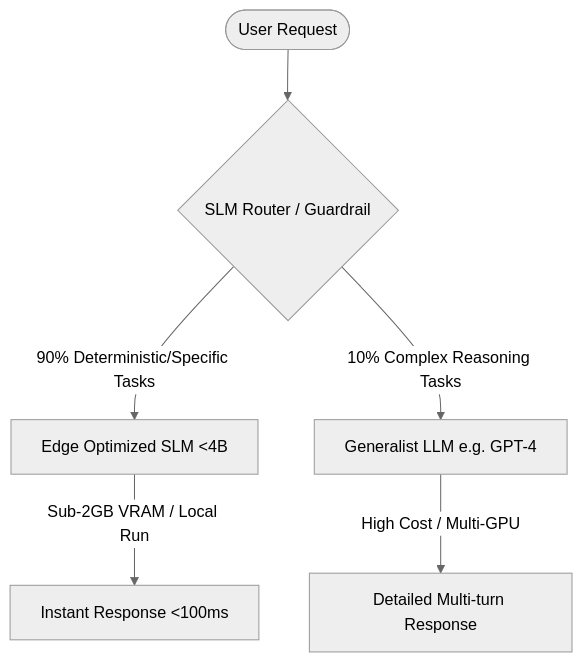
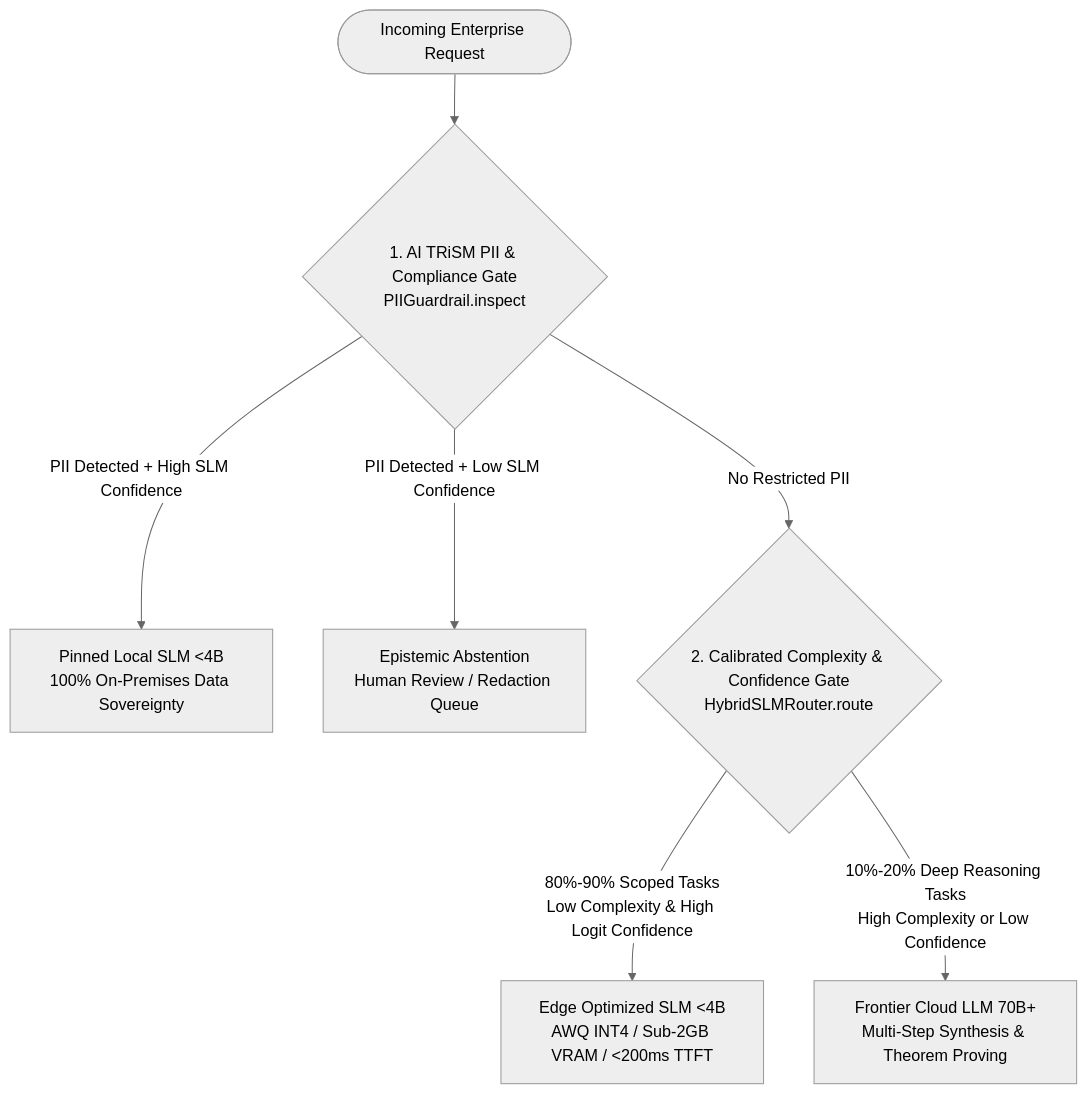
One commit to vfcarida/Small-Language-Models-SLMs- changed the first of 2 diagrams in README.md. Above: the diagram before and after it, drawn with Mermaid (neutral theme). The commit also changed other lines of this file and 72 other files, not shown here.

````diff
--- a/README.md
+++ b/README.md
@@ -40,8 +48,9 @@
 ```mermaid
 graph TD
-    User([User Request]) --> Router{SLM Router / Guardrail}
-    Router -->|90% Deterministic/Specific Tasks| SLM[Edge Optimized SLM <4B]
-    Router -->|10% Complex Reasoning Tasks| LLM[Generalist LLM e.g. GPT-4]
-    SLM -->|Sub-2GB VRAM / Local Run| OutputSLM[Instant Response <100ms]
-    LLM -->|High Cost / Multi-GPU| OutputLLM[Detailed Multi-turn Response]
+    User([Incoming Enterprise Request]) --> Guardrail{1. AI TRiSM PII & Compliance Gate\nPIIGuardrail.inspect}
+    Guardrail -->|PII Detected + High SLM Confidence| LocalPinned[Pinned Local SLM <4B\n100% On-Premises Data Sovereignty]
+    Guardrail -->|PII Detected + Low SLM Confidence| Abstain[Epistemic Abstention\nHuman Review / Redaction Queue]
+    Guardrail -->|No Restricted PII| Router{2. Calibrated Complexity & Confidence Gate\nHybridSLMRouter.route}
+    Router -->|80%-90% Scoped Tasks\nLow Complexity & High Logit Confidence| SLM[Edge Optimized SLM <4B\nAWQ INT4 / Sub-2GB VRAM / <200ms TTFT]
+    Router -->|10%-20% Deep Reasoning Tasks\nHigh Complexity or Low Confidence| LLM[Frontier Cloud LLM 70B+\nMulti-Step Synthesis & Theorem Proving]
 ```
````
